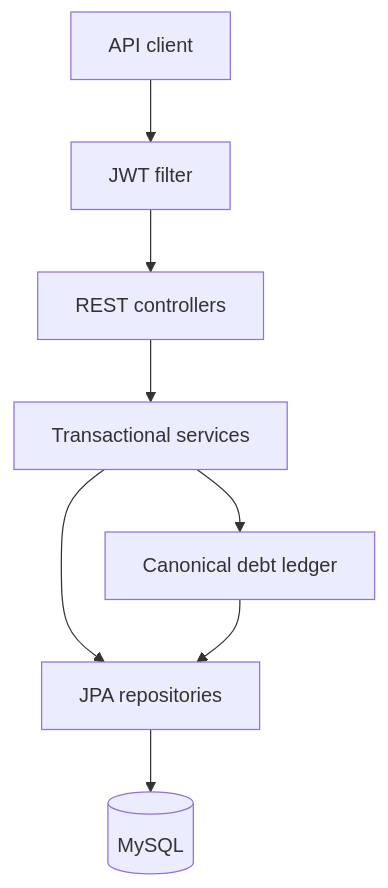
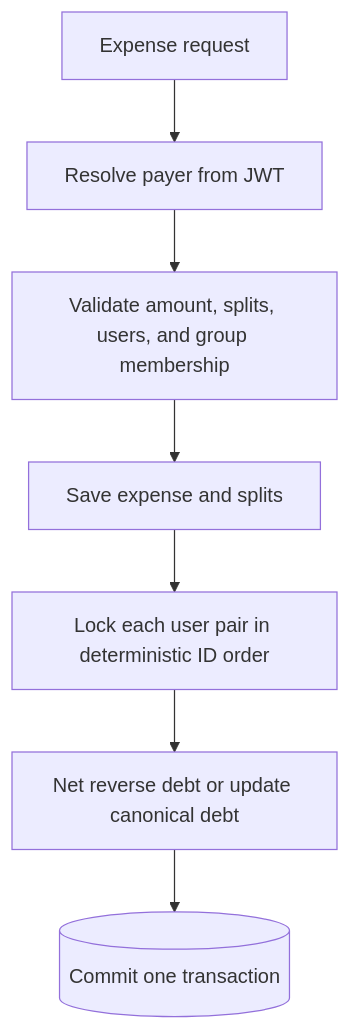
Before and after one commit to Shubhank2604/Splitwise: the diagram in README.md, drawn with Mermaid. The commit also changed other lines of this file, not shown here.

Commit message:
Document ledger transactions and settlement invariants

````diff
--- a/README.md
+++ b/README.md
@@ -21,10 +21,9 @@
 ```mermaid
 flowchart TD
-    Client[API client] --> Security[JWT filter]
-    Security --> Controllers[REST controllers]
-    Controllers --> Services[Transactional services]
-    Services --> Ledger[Canonical debt ledger]
-    Services --> JPA[JPA repositories]
-    JPA --> MySQL[(MySQL)]
-    Ledger --> JPA
+    Request[Expense request] --> Actor[Resolve payer from JWT]
+    Actor --> Validate[Validate amount, splits, users, and group membership]
+    Validate --> Save[Save expense and splits]
+    Save --> PairLock[Lock each user pair in deterministic ID order]
+    PairLock --> Net[Net reverse debt or update canonical debt]
+    Net --> Commit[(Commit one transaction)]
 ```
````
